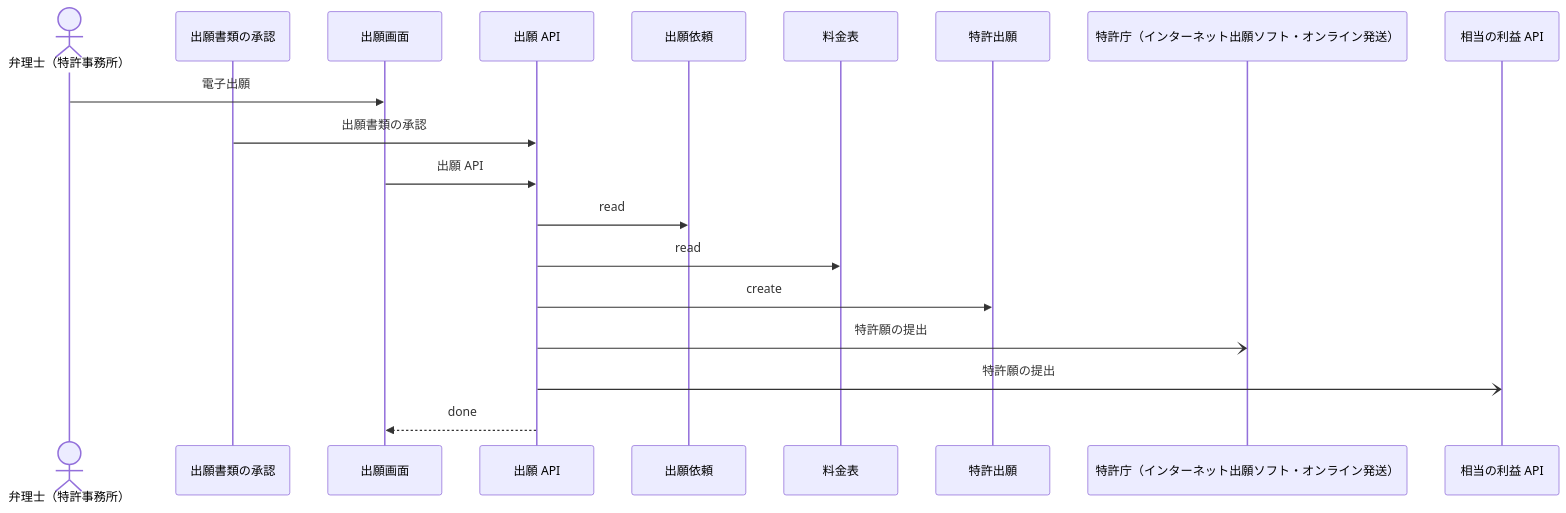
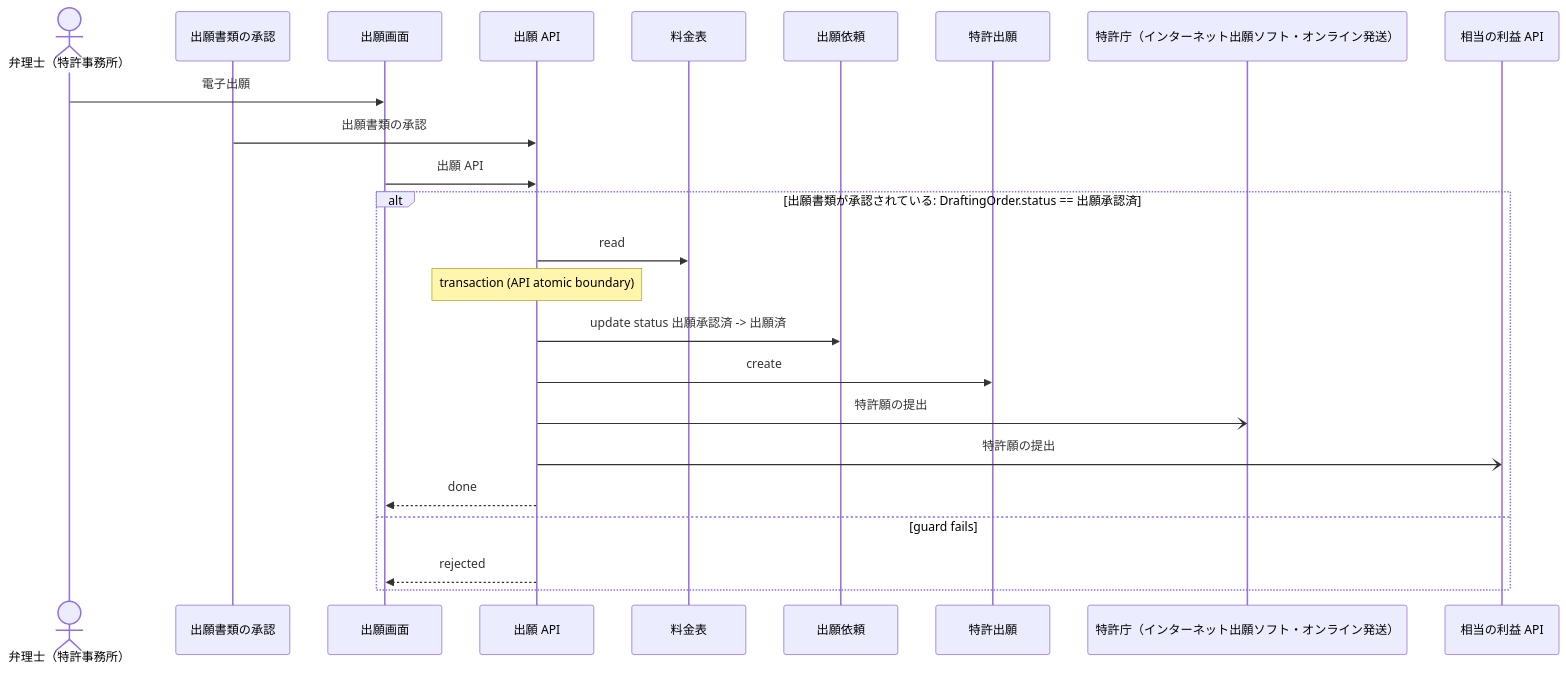
One commit to manji-0/rdra-ish-dsl changed the diagram in samples/patent-ops/out/uc/sequence_FileApplication.mmd. Above: the diagram before and after it, drawn with Mermaid. The commit also changed 19 other files, not shown here.

```diff
--- a/samples/patent-ops/out/uc/sequence_FileApplication.mmd
+++ b/samples/patent-ops/out/uc/sequence_FileApplication.mmd
@@ -1,22 +1,27 @@
 %% rdra-ish diagram=sequence scope=usecase:FileApplication model=samples/patent-ops
 %% kinds: actor usecase screen api entity extsystem
-%% omitted: buc step medium permission event
+%% omitted: buc step medium permission event condition
 sequenceDiagram
   actor actor__PatentAttorney as 弁理士（特許事務所）
   participant usecase__ApproveDraft as 出願書類の承認
   participant screen__FilingScreen as 出願画面
   participant api__FilingApi as 出願 API
+  participant entity__FeeSchedule as 料金表
   participant entity__DraftingOrder as 出願依頼
-  participant entity__FeeSchedule as 料金表
   participant entity__PatentApplication as 特許出願
   participant extsystem__Jpo as 特許庁（インターネット出願ソフト・オンライン発送）
   participant api__RewardApi as 相当の利益 API
   actor__PatentAttorney ->> screen__FilingScreen: 電子出願
   usecase__ApproveDraft ->> api__FilingApi: 出願書類の承認
   screen__FilingScreen ->> api__FilingApi: 出願 API
-  api__FilingApi ->> entity__DraftingOrder: read
-  api__FilingApi ->> entity__FeeSchedule: read
-  api__FilingApi ->> entity__PatentApplication: create
-  api__FilingApi -) extsystem__Jpo: 特許願の提出
-  api__FilingApi -) api__RewardApi: 特許願の提出
-  api__FilingApi -->> screen__FilingScreen: done
+  alt 出願書類が承認されている: DraftingOrder.status == 出願承認済
+    api__FilingApi ->> entity__FeeSchedule: read
+    Note over api__FilingApi: transaction (API atomic boundary)
+    api__FilingApi ->> entity__DraftingOrder: update status 出願承認済 -> 出願済
+    api__FilingApi ->> entity__PatentApplication: create
+    api__FilingApi -) extsystem__Jpo: 特許願の提出
+    api__FilingApi -) api__RewardApi: 特許願の提出
+    api__FilingApi -->> screen__FilingScreen: done
+  else guard fails
+    api__FilingApi -->> screen__FilingScreen: rejected
+  end
```
